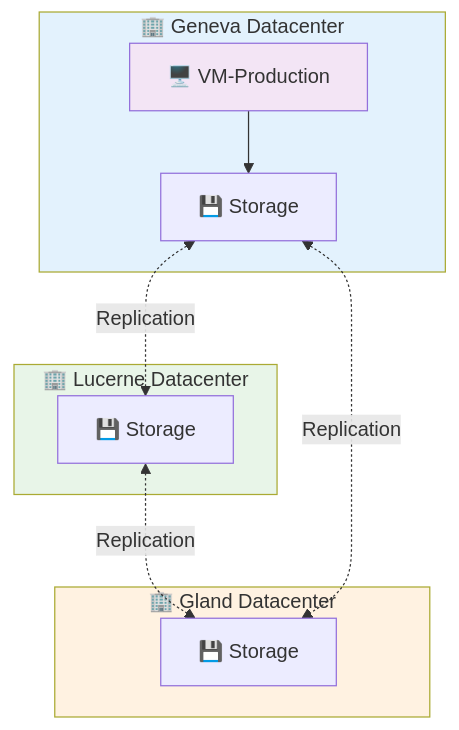
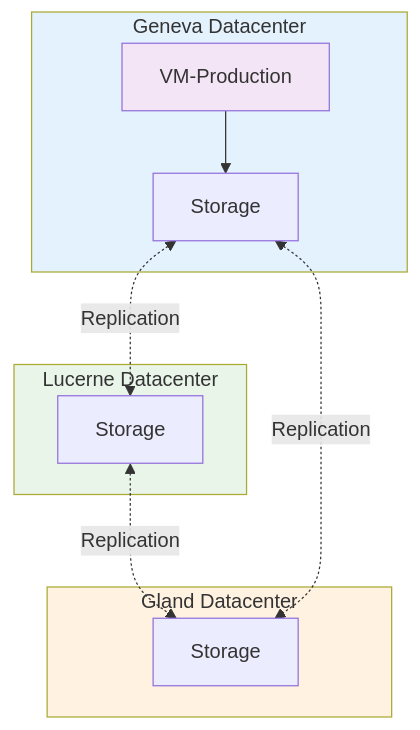
Before and after one commit to HidoraSwiss/hikube-public-doc: the diagram in i18n/en/docusaurus-plugin-content-docs/current/services/compute/overview.md, drawn with Mermaid. The commit also changed other lines of this file and 142 other files, not shown here.

First line of the commit message:
docs: retirer tous les emojis (titres, encadrés, tableaux, diagrammes)

````diff
--- a/i18n/en/docusaurus-plugin-content-docs/current/services/compute/overview.md
+++ b/i18n/en/docusaurus-plugin-content-docs/current/services/compute/overview.md
@@ -38,29 +38,29 @@
 ```mermaid
 flowchart TD
-    subgraph DC1["🏢 Geneva Datacenter"]
-        VM1["🖥️ VM-Production"]
-        STORAGE1["💾 Storage"]
+    subgraph DC1["Geneva Datacenter"]
+        VM1["VM-Production"]
+        STORAGE1["Storage"]
     end
     
-    subgraph DC2["🏢 Lucerne Datacenter"]
-        STORAGE2["💾 Storage"]
+    subgraph DC2["Lucerne Datacenter"]
+        STORAGE2["Storage"]
     end
     
-    subgraph DC3["🏢 Gland Datacenter"]
-        STORAGE3["💾 Storage"]
+    subgraph DC3["Gland Datacenter"]
+        STORAGE3["Storage"]
     end
     
     %% VM uses local storage
     VM1 --> STORAGE1
     
     %% Storage replication between the 3 DCs
     STORAGE1 <-.->|"Replication"| STORAGE2
     STORAGE2 <-.->|"Replication"| STORAGE3
     STORAGE1 <-.->|"Replication"| STORAGE3
     
     %% Styles
     style DC1 fill:#e3f2fd
     style DC2 fill:#e8f5e8
     style DC3 fill:#fff2e1
     style VM1 fill:#f3e5f5
 ```
````
